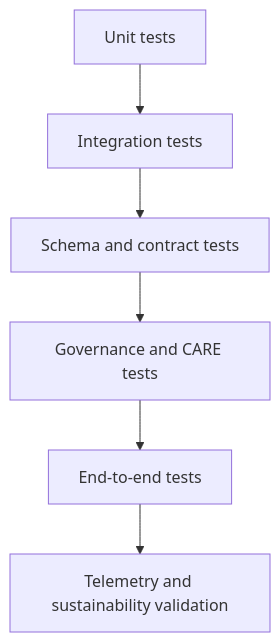
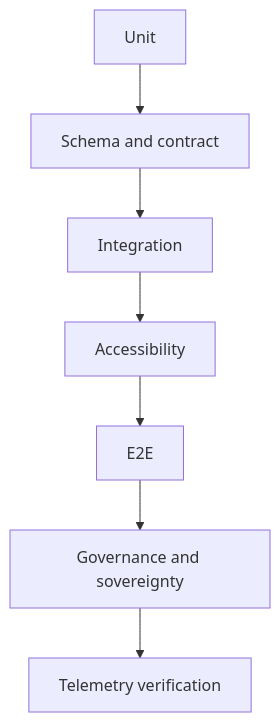
One commit to bartytime4life/Kansas-Frontier-Matrix changed the first of 2 diagrams in tests/ARCHITECTURE.md. Above: the diagram before and after it, drawn with Mermaid. The commit also changed other lines of this file, not shown here.

```diff
--- a/tests/ARCHITECTURE.md
+++ b/tests/ARCHITECTURE.md
@@ -195,8 +259,9 @@
 ~~~mermaid
 flowchart TD
-  A["Unit tests"] --> B["Integration tests"]
-  B --> C["Schema and contract tests"]
-  C --> D["Governance and CARE tests"]
-  D --> E["End-to-end tests"]
-  E --> F["Telemetry and sustainability validation"]
+  A["Unit"] --> B["Schema and contract"]
+  B --> C["Integration"]
+  C --> D["Accessibility"]
+  D --> E["E2E"]
+  E --> F["Governance and sovereignty"]
+  F --> G["Telemetry verification"]
 ~~~
```
